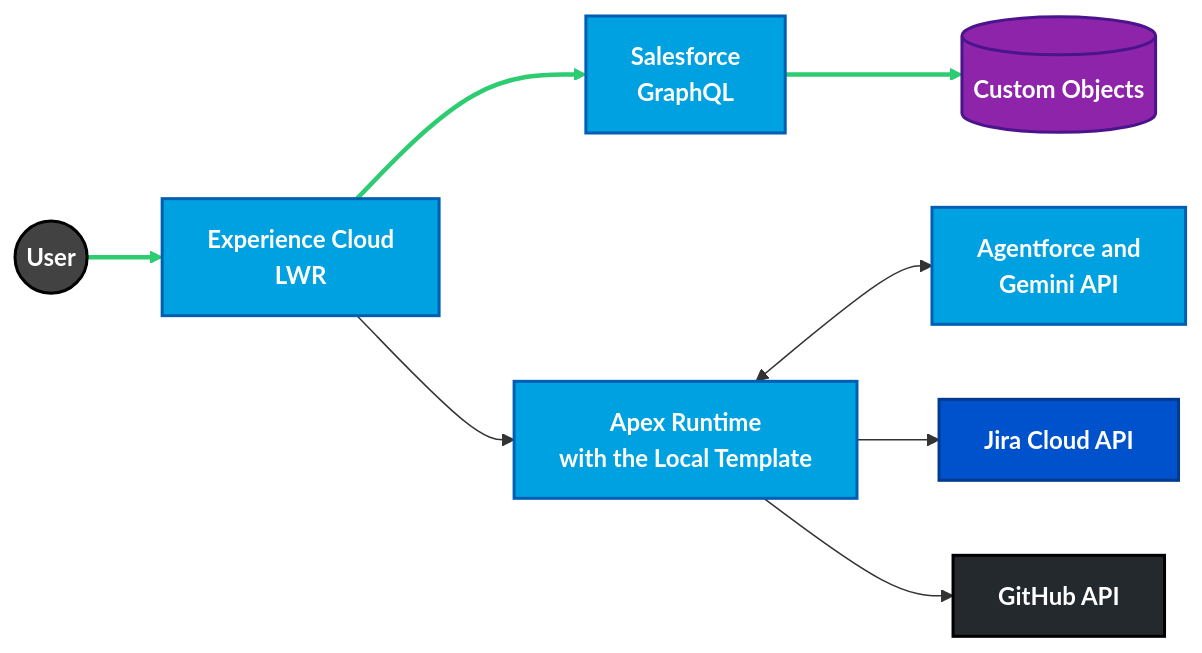
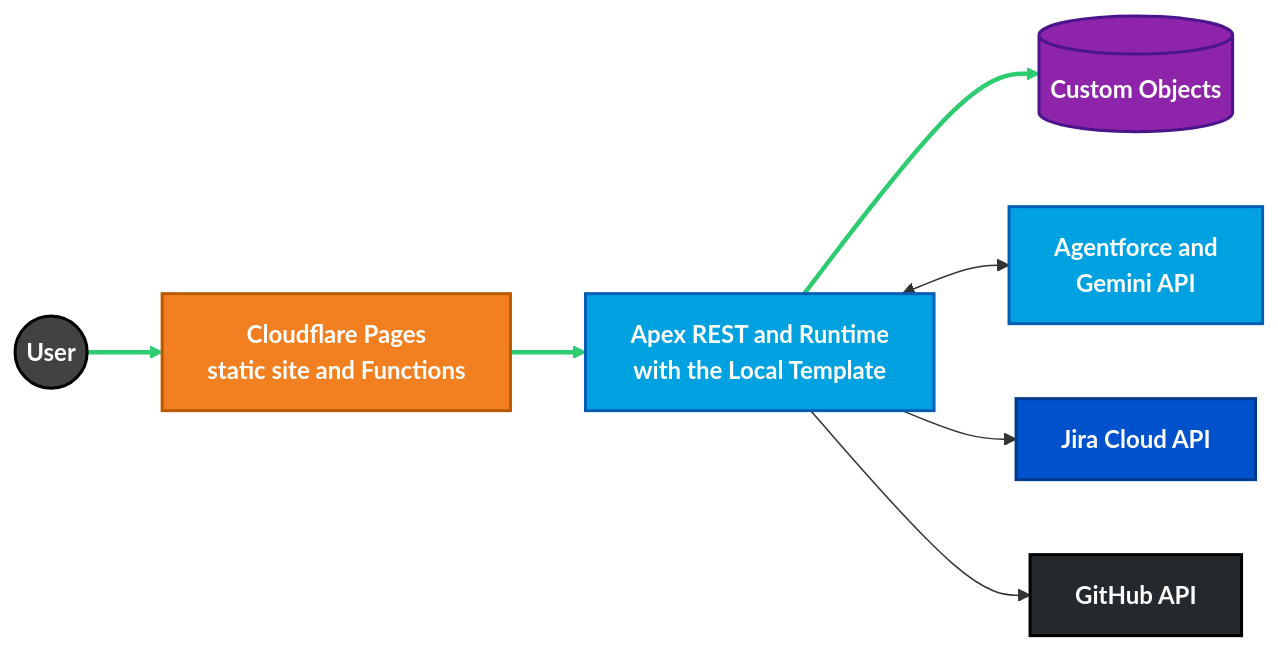
One commit to rdbumstead/salesforce-platform-architect-portfolio changed the diagram in README.md. Above: the diagram before and after it, drawn with Mermaid. The commit also changed other lines of this file and 1 other file, not shown here.

Commit message:
docs(readme): add the headline outcome and refresh the performance passages

````diff
--- a/README.md
+++ b/README.md
@@ -209,39 +211,39 @@
 ```mermaid
 graph LR
     %%{init: {'flowchart': {'nodeSpacing': 50, 'rankSpacing': 50}}}%%
     %% ========= BRAND STYLES =========
     classDef user fill:#424242,stroke:#000000,stroke-width:2px,color:#ffffff,font-weight:bold;
     classDef sfdc fill:#00A1E0,stroke:#005FB2,stroke-width:2px,color:#ffffff,font-weight:bold;
     classDef jira fill:#0052CC,stroke:#003A8F,stroke-width:2px,color:#ffffff,font-weight:bold;
     classDef github fill:#24292E,stroke:#000000,stroke-width:2px,color:#ffffff,font-weight:bold;
+    classDef cloud fill:#F38020,stroke:#B85A00,stroke-width:2px,color:#ffffff,font-weight:bold;
     classDef data fill:#8E24AA,stroke:#4A148C,stroke-width:2px,color:#ffffff,font-weight:bold;
 
     %% ========= NODES =========
     User((User))
-    LWR[Experience Cloud<br/>LWR]
-    GQL[Salesforce<br/>GraphQL]
-    Apex[Apex Runtime<br/>with the Local Template]
+    CF[Cloudflare Pages<br/>static site and Functions]
+    Apex[Apex REST and Runtime<br/>with the Local Template]
     DB[(Custom Objects)]
     AI[Agentforce and<br/>Gemini API]
     Jira[Jira Cloud API]
     GitHub[GitHub API]
 
     %% ========= FLOWS =========
-    User --> LWR
-    LWR --> GQL
-    GQL --> DB
-    LWR --> Apex
+    User --> CF
+    CF --> Apex
+    Apex --> DB
     Apex <--> AI
     Apex --> Jira
     Apex --> GitHub
 
     %% ========= APPLY STYLES =========
     class User user;
-    class LWR,GQL,Apex,AI sfdc;
+    class Apex,AI sfdc;
+    class CF cloud;
     class DB data;
     class Jira jira;
     class GitHub github;
 
     %% ========= CRITICAL PATH =========
     linkStyle 0,1,2 stroke:#2ECC71,stroke-width:3px;
 ```
````
